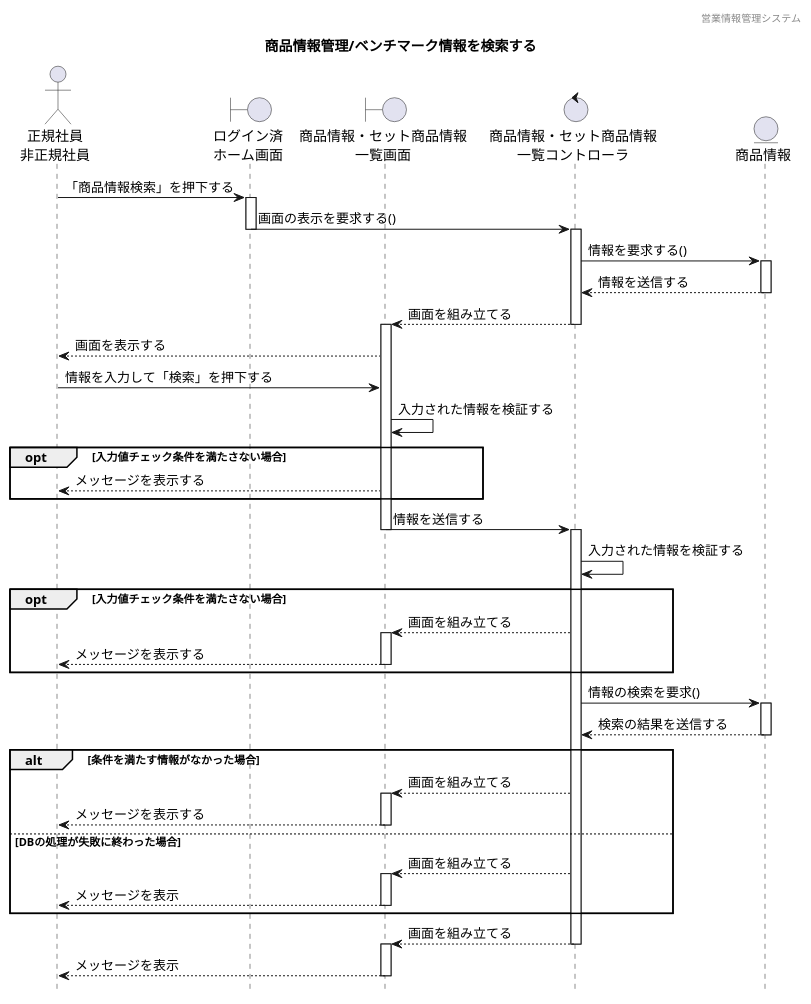
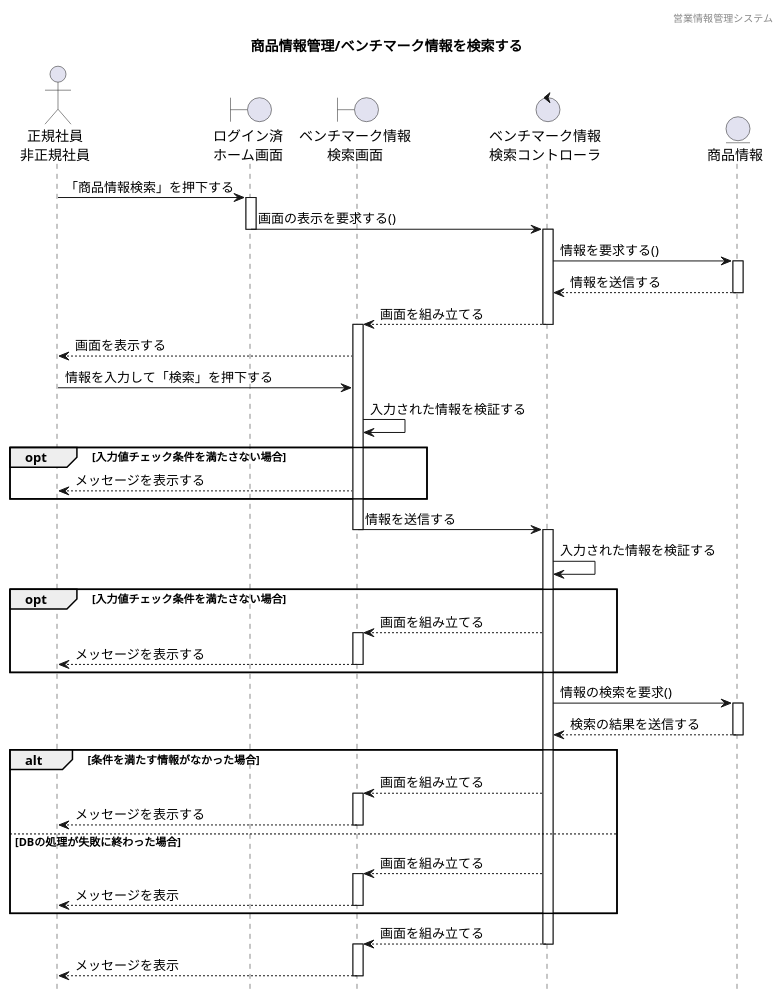
Before and after one commit to HaruShim/Sotuken: the diagram in 各種設計書/4シーケンス図/商品情報管理/2.検索機能/ベンチマーク情報検索.plantuml, drawn with PlantUML. The commit also changed 2 other files, not shown here.

```diff
--- a/各種設計書/4シーケンス図/商品情報管理/2.検索機能/ベンチマーク情報検索.plantuml
+++ b/各種設計書/4シーケンス図/商品情報管理/2.検索機能/ベンチマーク情報検索.plantuml
@@ -1,70 +1,70 @@
 @startuml ../../images/検索機能/ベンチマーク情報検索
 
 hide footbox
 header 営業情報管理システム
 title 商品情報管理/ベンチマーク情報を検索する
 
 ' actor "" as a
 actor "正規社員\n非正規社員" as a1
 
 ' boundary "" as b
 boundary "ログイン済\nホーム画面" as b1
-boundary "商品情報・セット商品情報\n一覧画面" as b2
+boundary "ベンチマーク情報\n検索画面" as b2
 
 ' control "" as c
-control "商品情報・セット商品情報\n一覧コントローラ" as c1
+control "ベンチマーク情報\n検索コントローラ" as c1
 
 ' entity "" as e
 entity "商品情報" as e1
 
 a1 -> b1 : 「商品情報検索」を押下する
 activate b1
 b1 -> c1 : 画面の表示を要求する()
 deactivate b1
 activate c1
 c1 -> e1 : 情報を要求する()
 activate e1
 e1 --> c1 : 情報を送信する
 deactivate e1
 c1 --> b2 : 画面を組み立てる
 deactivate c1
 activate b2
 b2 --> a1 : 画面を表示する
 a1 -> b2 : 情報を入力して「検索」を押下する
 b2 -> b2 : 入力された情報を検証する
 opt 入力値チェック条件を満たさない場合
 b2 --> a1 : メッセージを表示する
 end
 b2 -> c1 : 情報を送信する
 deactivate b2
 activate c1
 c1 -> c1 : 入力された情報を検証する
 opt 入力値チェック条件を満たさない場合
 c1 --> b2 : 画面を組み立てる
 activate b2
 b2 --> a1 : メッセージを表示する
 deactivate b2
 end
 c1 -> e1 : 情報の検索を要求()
 activate e1
 e1 --> c1 : 検索の結果を送信する
 deactivate e1
 alt 条件を満たす情報がなかった場合
 c1 --> b2 : 画面を組み立てる
 activate b2
 b2 --> a1 : メッセージを表示する
 deactivate b2
 else DBの処理が失敗に終わった場合
 c1 --> b2 : 画面を組み立てる
 activate b2
 b2 --> a1 : メッセージを表示 
 deactivate b2
 end
 c1 --> b2 : 画面を組み立てる
 deactivate c1
 activate b2
 b2 --> a1 : メッセージを表示
 deactivate b2
 
 
 @enduml
```
